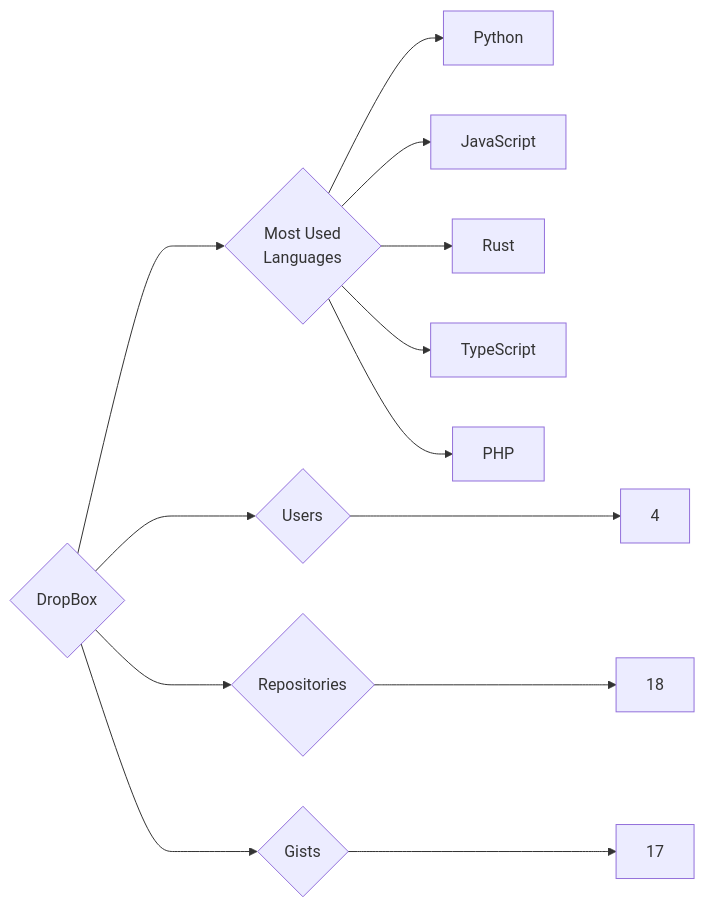
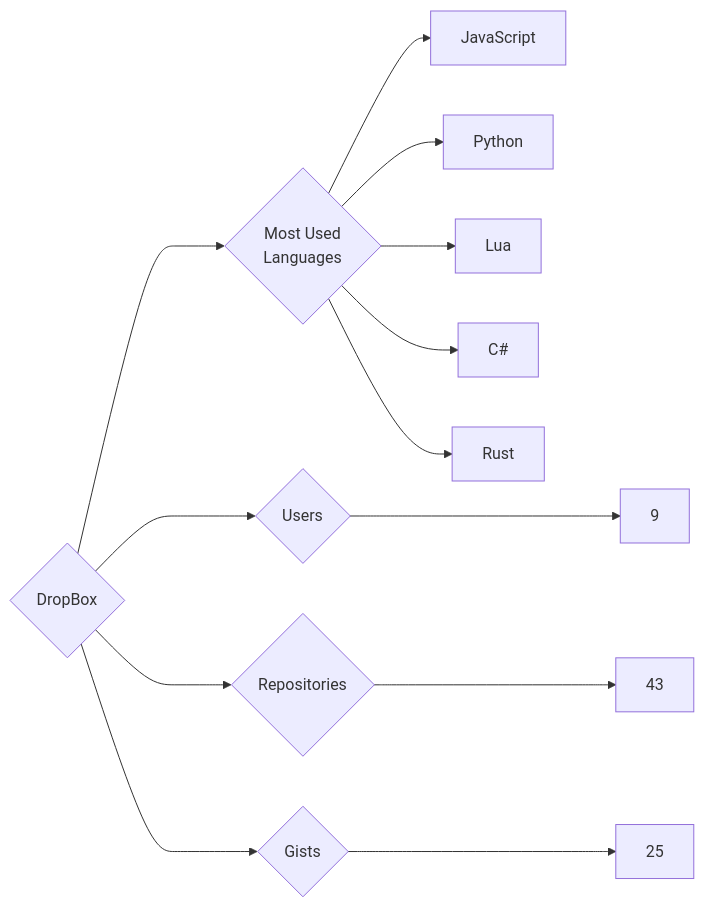
One commit to trickest/insiders changed the diagram in targets/DropBox/README.md. Above: the diagram before and after it, drawn with Mermaid. The commit also changed 1055 other files, not shown here.

````diff
--- a/targets/DropBox/README.md
+++ b/targets/DropBox/README.md
@@ -3,13 +3,13 @@
 ```mermaid
 graph LR
 COMPANY_NAME{DropBox}
-COMPANY_NAME ---> U{Users} ---> UN[4]
-COMPANY_NAME ---> R{Repositories} ---> RN[18]
-COMPANY_NAME ---> G{Gists} ---> GN[17]
+COMPANY_NAME ---> U{Users} ---> UN[9]
+COMPANY_NAME ---> R{Repositories} ---> RN[43]
+COMPANY_NAME ---> G{Gists} ---> GN[25]
 COMPANY_NAME ---> ML{Most Used<br>Languages}
+ML --> JavaScript[JavaScript]
 ML --> Python[Python]
-ML --> JavaScript[JavaScript]
+ML --> Lua[Lua]
+ML --> C#[C#]
 ML --> Rust[Rust]
-ML --> TypeScript[TypeScript]
-ML --> PHP[PHP]
 ```
````
